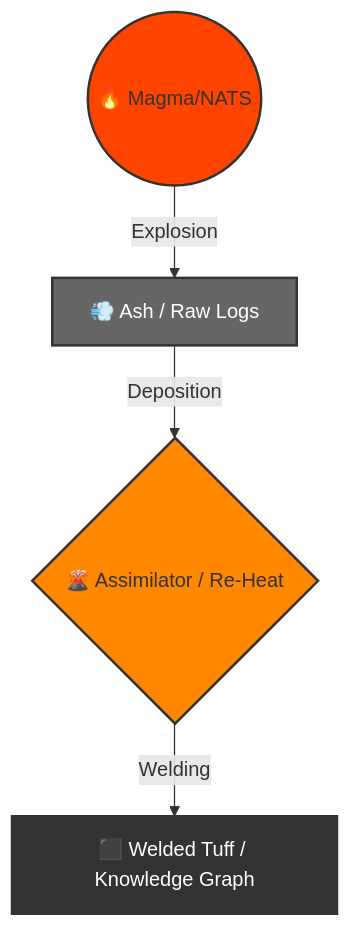
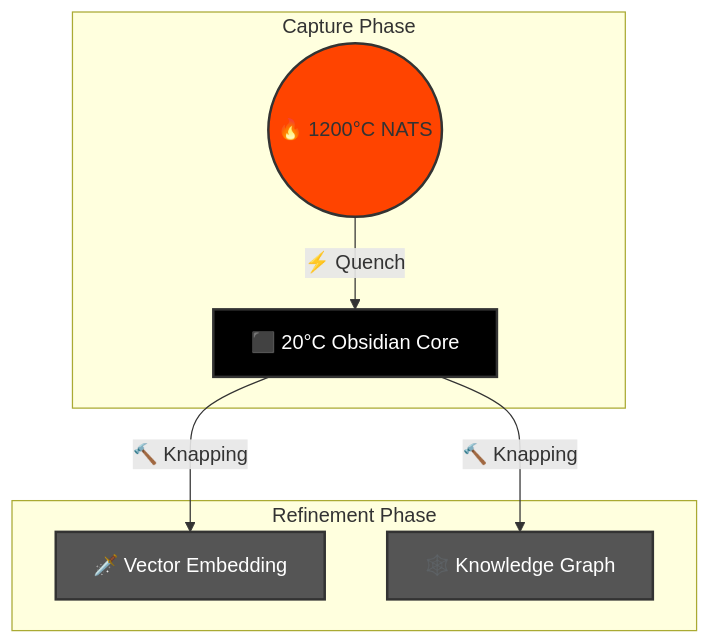
Before and after one commit to TTaoGaming/hfo_2025_11: the fourth of 4 diagrams in brain/design_obsidian_thermodynamics.md, drawn with Mermaid. The commit also changed other lines of this file, not shown here.

Commit message:
feat(brain): refine obsidian thermodynamics with cooling curve

````diff
--- a/brain/design_obsidian_thermodynamics.md
+++ b/brain/design_obsidian_thermodynamics.md
@@ -91,10 +100,14 @@
 ```mermaid
 graph TD
-    A((🔥 Magma/NATS)) -->|Explosion| B[💨 Ash / Raw Logs]
-    B -->|Deposition| C{🌋 Assimilator / Re-Heat}
-    C -->|Welding| D[⬛ Welded Tuff / Knowledge Graph]
+    subgraph HOT [Capture Phase]
+        A((🔥 1200°C NATS)) -->|⚡ Quench| B[⬛ 20°C Obsidian Core]
+    end
+    subgraph COLD [Refinement Phase]
+        B -->|🔨 Knapping| C[🗡️ Vector Embedding]
+        B -->|🔨 Knapping| D[🕸️ Knowledge Graph]
+    end
     style A fill:#ff4400,stroke:#333,stroke-width:2px
-    style B fill:#666666,stroke:#333,stroke-width:2px,color:#fff
-    style C fill:#ff8800,stroke:#333,stroke-width:2px
-    style D fill:#333333,stroke:#333,stroke-width:2px,color:#fff
+    style B fill:#000000,stroke:#333,stroke-width:2px,color:#fff
+    style C fill:#555,stroke:#333,stroke-width:2px,color:#fff
+    style D fill:#555,stroke:#333,stroke-width:2px,color:#fff
 ```
````
